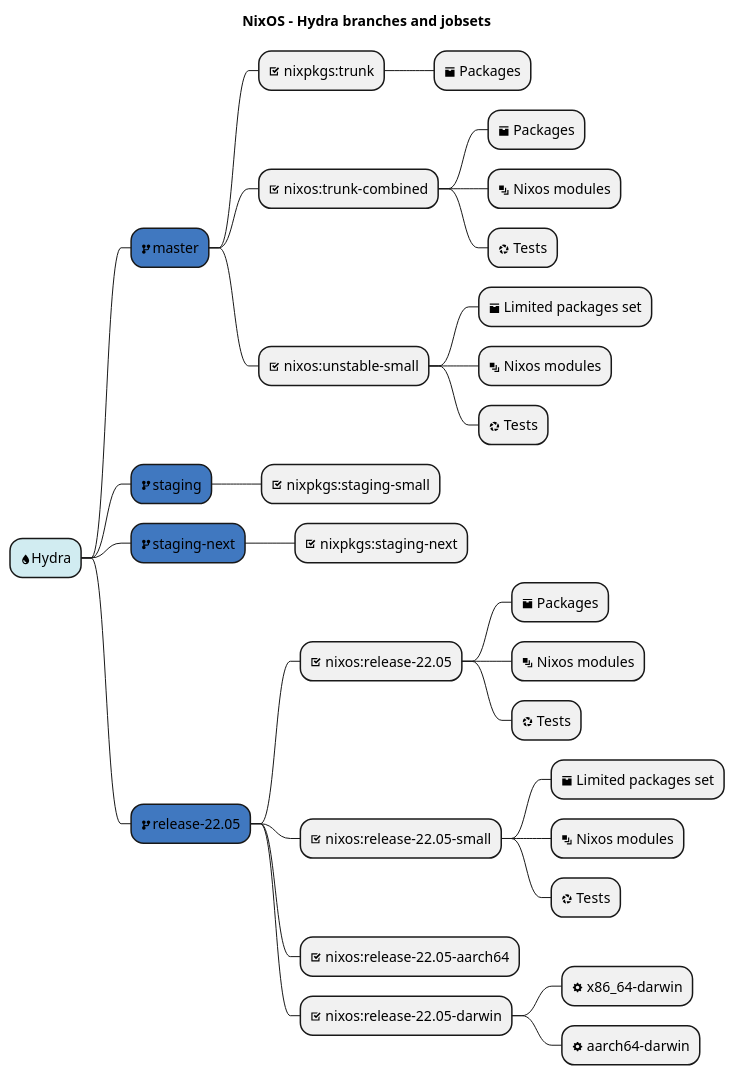
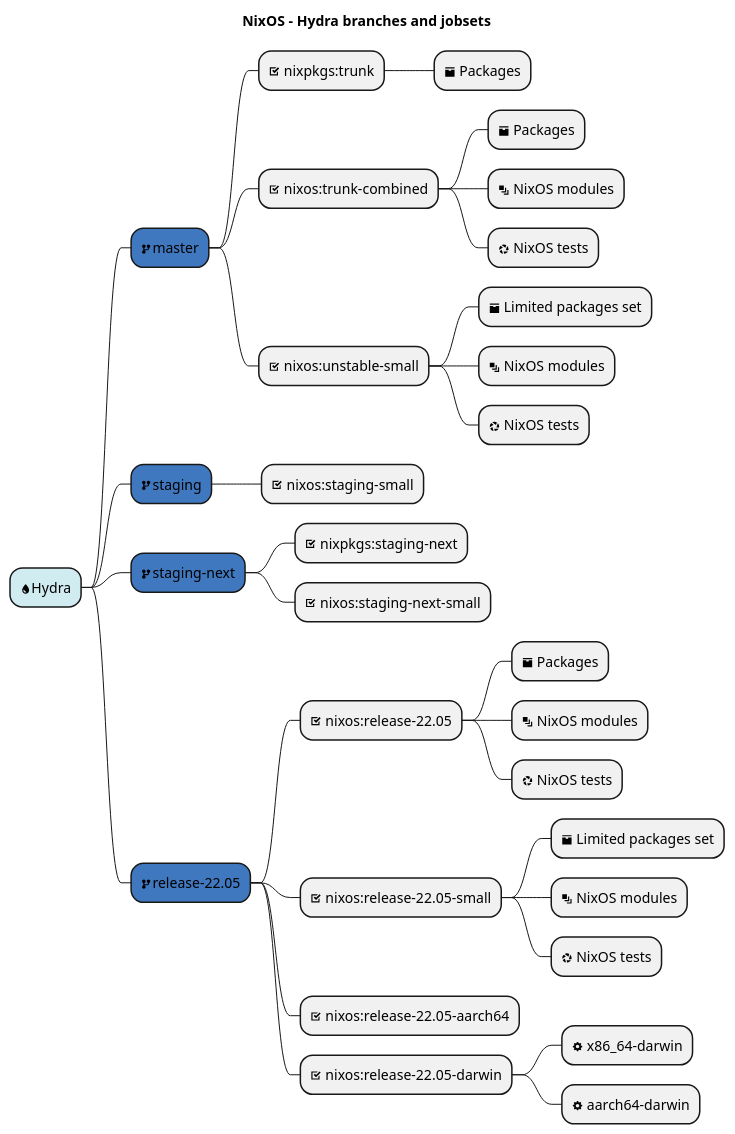
One commit to drupol/nixos-processes changed the diagram in src/hydra.plantuml. Above: the diagram before and after it, drawn with PlantUML.

Commit message:
Update `Hydra` diagrams.

```diff
--- a/src/hydra.plantuml
+++ b/src/hydra.plantuml
@@ -1,44 +1,45 @@
 @startmindmap
 title NixOS - Hydra branches and jobsets
 
 <style>
 mindmapDiagram {
   :depth(0) {
     BackGroundColor d1ecf1
   }
   :depth(1) {
     BackGroundColor 4078c0
   }
 }
 </style>
 
 * <&droplet>Hydra
 ** <&fork>master
 *** <&task> nixpkgs:trunk
 **** <&box> Packages
 *** <&task> nixos:trunk-combined
 **** <&box> Packages
-**** <&layers> Nixos modules
-**** <&aperture> Tests
+**** <&layers> NixOS modules
+**** <&aperture> NixOS tests
 *** <&task> nixos:unstable-small
 **** <&box> Limited packages set
-**** <&layers> Nixos modules
-**** <&aperture> Tests
+**** <&layers> NixOS modules
+**** <&aperture> NixOS tests
 ** <&fork>staging
-*** <&task> nixpkgs:staging-small
+*** <&task> nixos:staging-small
 ** <&fork>staging-next
 *** <&task> nixpkgs:staging-next
+*** <&task> nixos:staging-next-small
 ** <&fork>release-22.05
 *** <&task> nixos:release-22.05
 **** <&box> Packages
-**** <&layers> Nixos modules
-**** <&aperture> Tests
+**** <&layers> NixOS modules
+**** <&aperture> NixOS tests
 *** <&task> nixos:release-22.05-small
 **** <&box> Limited packages set
-**** <&layers> Nixos modules
-**** <&aperture> Tests
+**** <&layers> NixOS modules
+**** <&aperture> NixOS tests
 *** <&task> nixos:release-22.05-aarch64
 *** <&task> nixos:release-22.05-darwin
 **** <&cog> x86_64-darwin
 **** <&cog> aarch64-darwin
 @endmindmap
```
